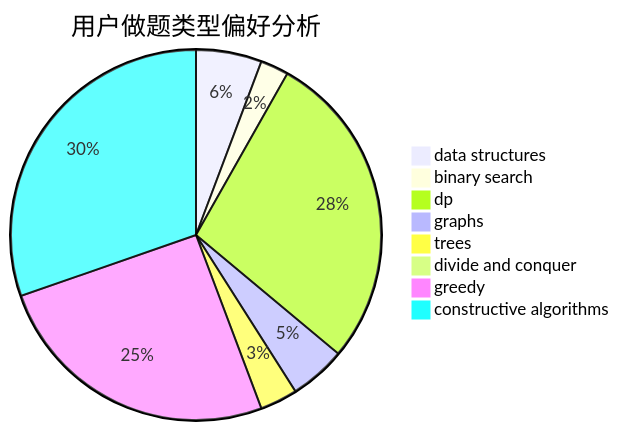
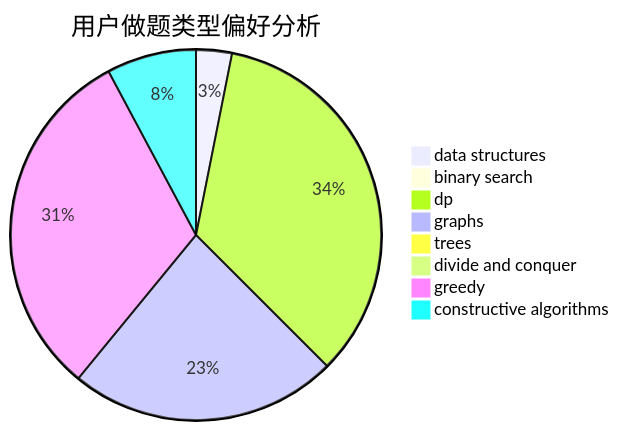
Before and after one commit to sherpahu/cfrs.github.io: the second of 3 diagrams in docs/user/u463.md, drawn with Mermaid. The commit also changed other lines of this file and 2770 other files, not shown here.

````diff
--- a/docs/user/u463.md
+++ b/docs/user/u463.md
@@ -23,11 +23,11 @@
 ```mermaid
 pie title 用户做题类型偏好分析
-    "data structures" :  7
-    "binary search" :  3
-    "dp" :  34
-    "graphs" :  6
-    "trees" :  4
+    "data structures" :  2
+    "binary search" :  0
+    "dp" :  22
+    "graphs" :  15
+    "trees" :  0
     "divide and conquer" :  0
-    "greedy" :  31
-    "constructive algorithms" :  37
+    "greedy" :  20
+    "constructive algorithms" :  5
 ```
````
